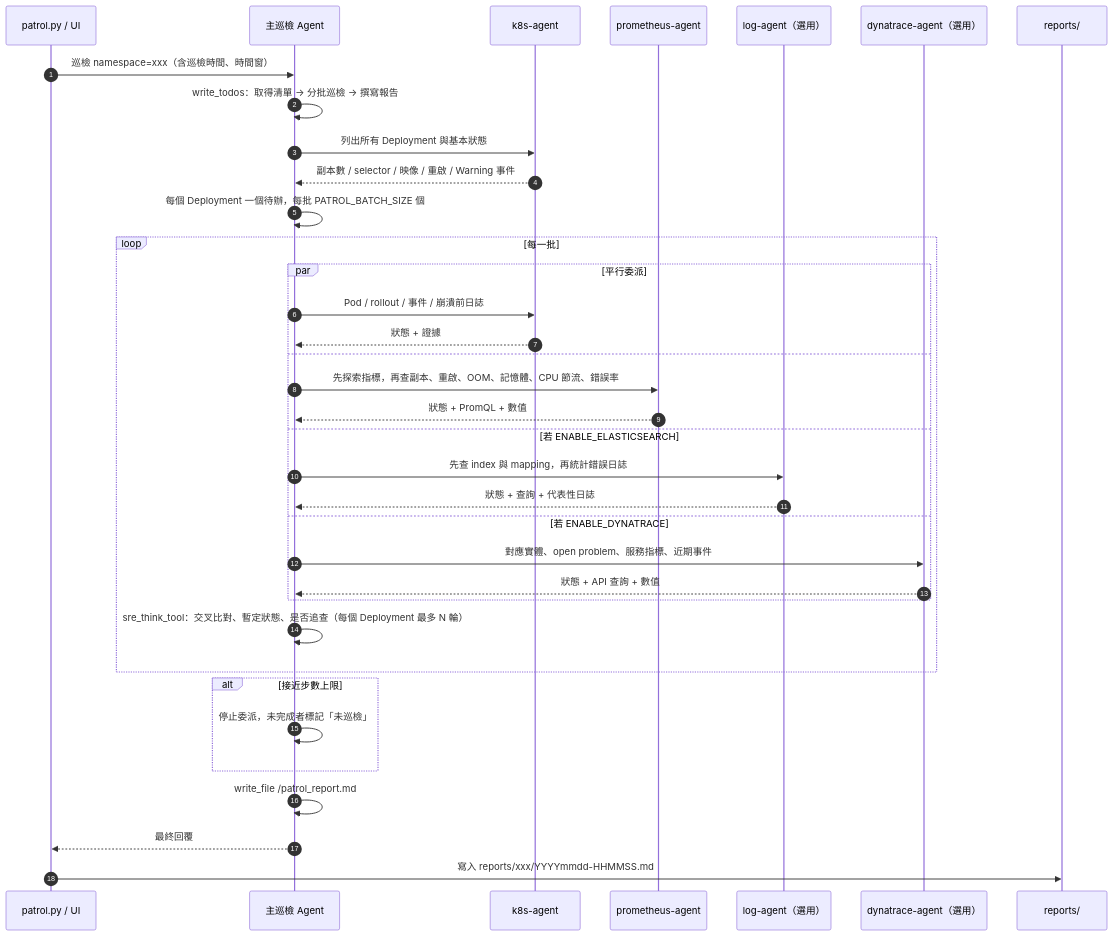
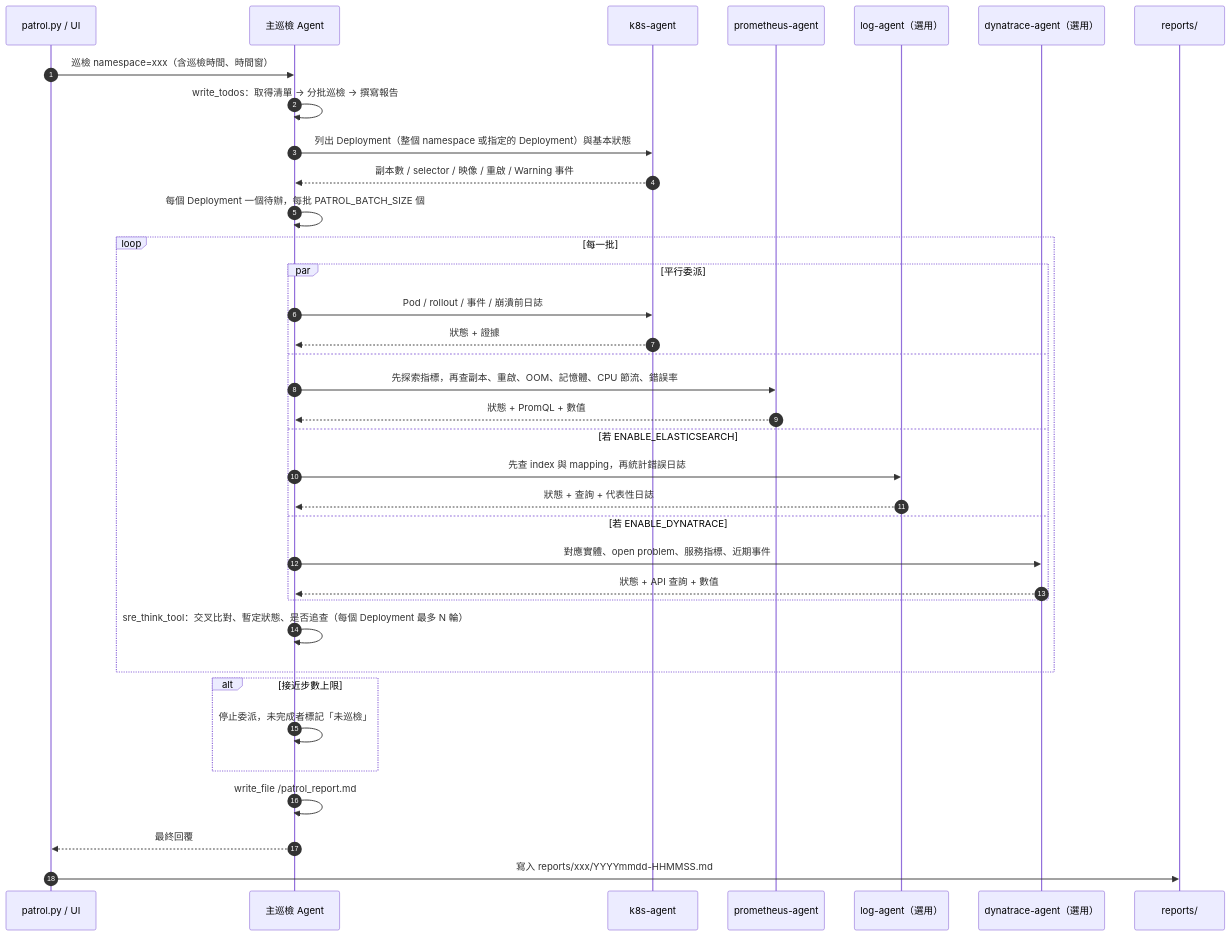
The second of 2 diagrams in README.md (aitravislu1109/patrol-agent), drawn with Mermaid before and after one commit. The commit also changed other lines of this file and 5 other files, not shown here.

````diff
--- a/README.md
+++ b/README.md
@@ -86,42 +86,42 @@
 ```mermaid
 sequenceDiagram
     autonumber
     participant T as patrol.py / UI
     participant M as 主巡檢 Agent
     participant K as k8s-agent
     participant P as prometheus-agent
     participant L as log-agent（選用）
     participant D as dynatrace-agent（選用）
     participant F as reports/
 
     T->>M: 巡檢 namespace=xxx（含巡檢時間、時間窗）
     M->>M: write_todos：取得清單 → 分批巡檢 → 撰寫報告
-    M->>K: 列出所有 Deployment 與基本狀態
+    M->>K: 列出 Deployment（整個 namespace 或指定的 Deployment）與基本狀態
     K-->>M: 副本數 / selector / 映像 / 重啟 / Warning 事件
     M->>M: 每個 Deployment 一個待辦，每批 PATROL_BATCH_SIZE 個
 
     loop 每一批
         par 平行委派
             M->>K: Pod / rollout / 事件 / 崩潰前日誌
             K-->>M: 狀態 + 證據
         and
             M->>P: 先探索指標，再查副本、重啟、OOM、記憶體、CPU 節流、錯誤率
             P-->>M: 狀態 + PromQL + 數值
         and 若 ENABLE_ELASTICSEARCH
             M->>L: 先查 index 與 mapping，再統計錯誤日誌
             L-->>M: 狀態 + 查詢 + 代表性日誌
         and 若 ENABLE_DYNATRACE
             M->>D: 對應實體、open problem、服務指標、近期事件
             D-->>M: 狀態 + API 查詢 + 數值
         end
         M->>M: sre_think_tool：交叉比對、暫定狀態、是否追查（每個 Deployment 最多 N 輪）
     end
 
     alt 接近步數上限
         M->>M: 停止委派，未完成者標記「未巡檢」
     end
 
     M->>M: write_file /patrol_report.md
     M-->>T: 最終回覆
     T->>F: 寫入 reports/xxx/YYYYmmdd-HHMMSS.md
 ```
````
